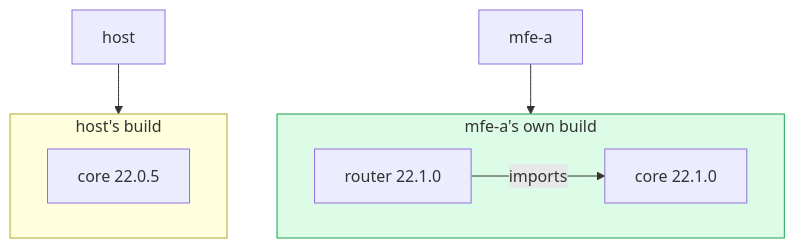
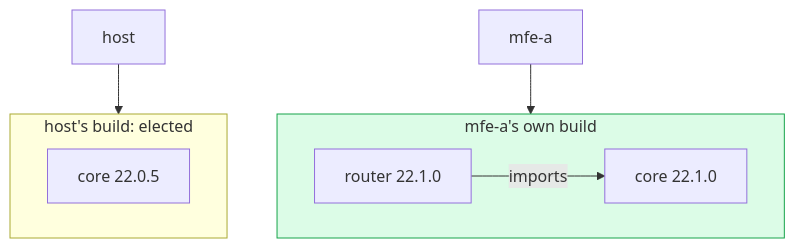
Before and after one commit to native-federation/native-federation-website: the eighth of 9 diagrams in src/content/docs/v4/orchestrator/pooling.md, drawn with Mermaid. The commit also changed other lines of this file and 11 other files, not shown here.

````diff
--- a/src/content/docs/v4/orchestrator/pooling.md
+++ b/src/content/docs/v4/orchestrator/pooling.md
@@ -316,12 +305,12 @@
 ```mermaid
 flowchart TB
     host["host"] --> H
     ma["mfe-a"] --> A
-    subgraph H["host's build"]
+    subgraph H["host's build: elected"]
         h_core["core 22.0.5"]
     end
     subgraph A["mfe-a's own build"]
         a_router["router 22.1.0"] -->|"imports"| a_core["core 22.1.0"]
     end
     style A fill:#dcfce7,stroke:#16a34a
 ```
````
